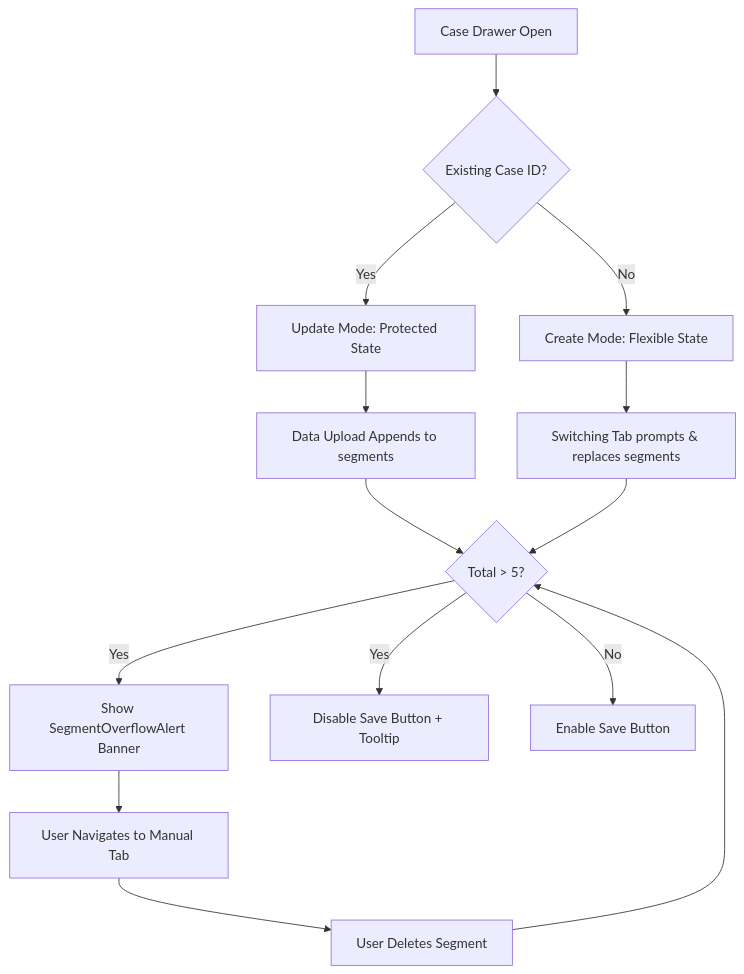
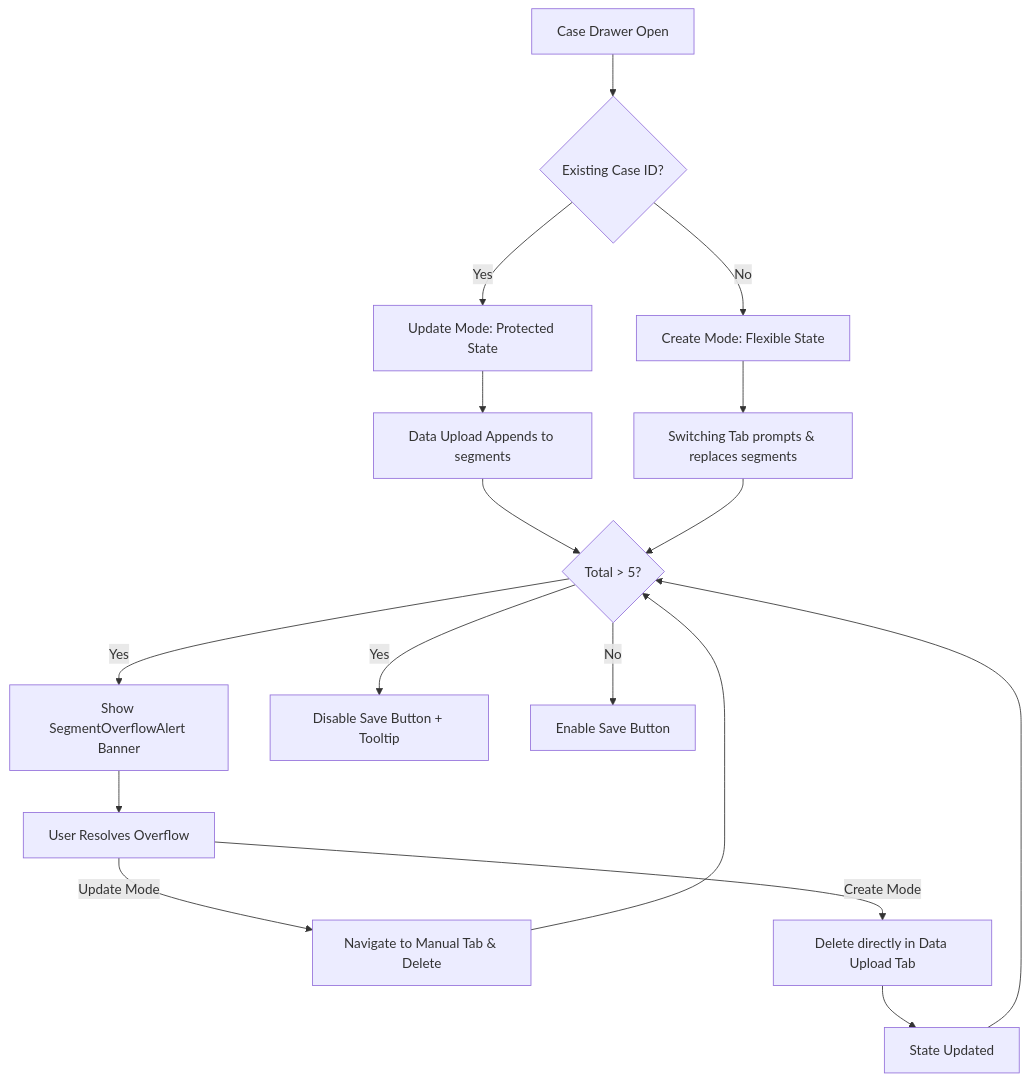
The diagram in docs/SEGMENTATION_UPDATE_BEHAVIOR.md (akvo/IDH-IDC), drawn with Mermaid before and after one commit. The commit also changed other lines of this file, not shown here.

Commit message:
docs: update logic flow and add scenario for direct segment deletion in create mode

````diff
--- a/docs/SEGMENTATION_UPDATE_BEHAVIOR.md
+++ b/docs/SEGMENTATION_UPDATE_BEHAVIOR.md
@@ -27,20 +27,24 @@
 ```mermaid
 graph TD
     A[Case Drawer Open] --> B{Existing Case ID?}
     B -->|Yes| C[Update Mode: Protected State]
     B -->|No| D[Create Mode: Flexible State]
 
     C --> E[Data Upload Appends to segments]
     D --> E2[Switching Tab prompts & replaces segments]
 
     E --> F{Total > 5?}
     E2 --> F
 
     F -->|Yes| G[Show SegmentOverflowAlert Banner]
     F -->|Yes| H[Disable Save Button + Tooltip]
     F -->|No| I[Enable Save Button]
 
-    G --> J[User Navigates to Manual Tab]
-    J --> K[User Deletes Segment]
+    G --> J[User Resolves Overflow]
+    J -->|Update Mode| K[Navigate to Manual Tab & Delete]
+    J -->|Create Mode| L[Delete directly in Data Upload Tab]
+
     K --> F
+    L --> L2[State Updated]
+    L2 --> F
 ```
````
